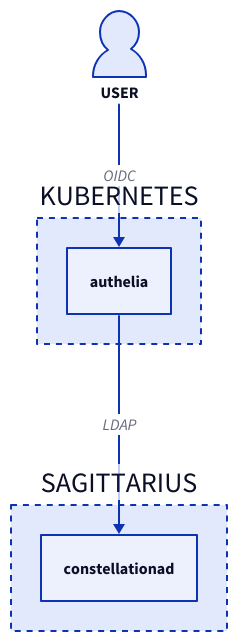
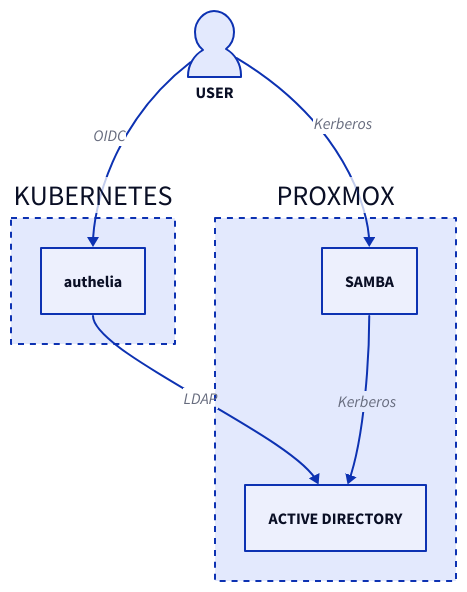
One commit to Jack-Gledhill/constellation changed the diagram in assets/diagrams/ad.d2. Above: the diagram before and after it, drawn with D2. The commit also changed 2 other files, not shown here.

Commit message:
Add basic configuration for samba server

```diff
--- a/assets/diagrams/ad.d2
+++ b/assets/diagrams/ad.d2
@@ -1,24 +1,25 @@
-proxmox: SAGITTARIUS {
+proxmox: PROXMOX {
   style: {
     stroke-dash: 3
   }
 
-  constellationad: {
-
-  }
+  constellationad: ACTIVE DIRECTORY
+  samba: SAMBA
 }
 
 kubernetes: KUBERNETES {
   style: {
     stroke-dash: 3
   }
 
   authelia
 }
 
 user: USER {
   shape: person
 }
 
 user -> kubernetes.authelia: OIDC
 kubernetes.authelia -> proxmox.constellationad: LDAP
+user -> proxmox.samba: Kerberos
+proxmox.samba -> proxmox.constellationad: Kerberos
```
